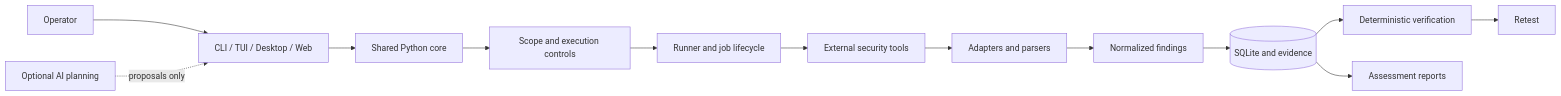
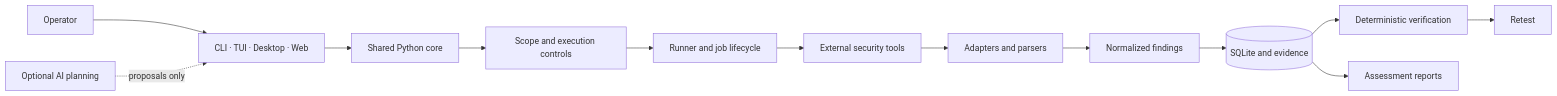
One commit to andreipath26/WHAXON-AI-Forensics changed the diagram in README.md. Above: the diagram before and after it, drawn with Mermaid. The commit also changed other lines of this file, not shown here.

````diff
--- a/README.md
+++ b/README.md
@@ -73,15 +123,15 @@
 ```mermaid
 flowchart LR
-    OP[Operator] --> IF[CLI / TUI / Desktop / Web]
+    OP[Operator] --> IF[CLI · TUI · Desktop · Web]
     IF --> CORE[Shared Python core]
     CORE --> POLICY[Scope and execution controls]
     POLICY --> RUN[Runner and job lifecycle]
     RUN --> EXT[External security tools]
     EXT --> ADP[Adapters and parsers]
     ADP --> FIND[Normalized findings]
     FIND --> STORE[(SQLite and evidence)]
     STORE --> VERIFY[Deterministic verification]
     VERIFY --> RETEST[Retest]
     STORE --> REPORT[Assessment reports]
     AI[Optional AI planning] -. proposals only .-> IF
 ```
````
